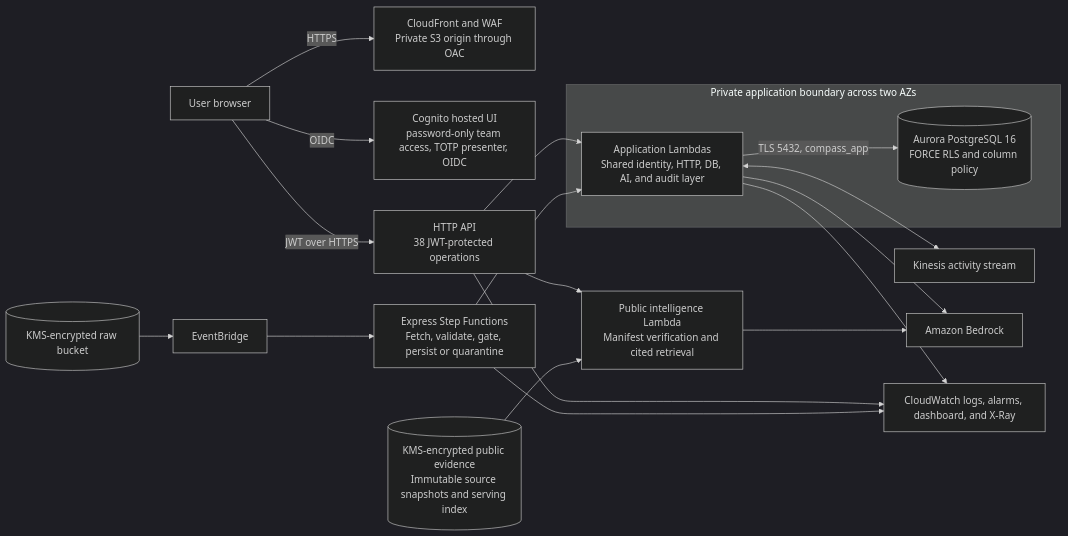
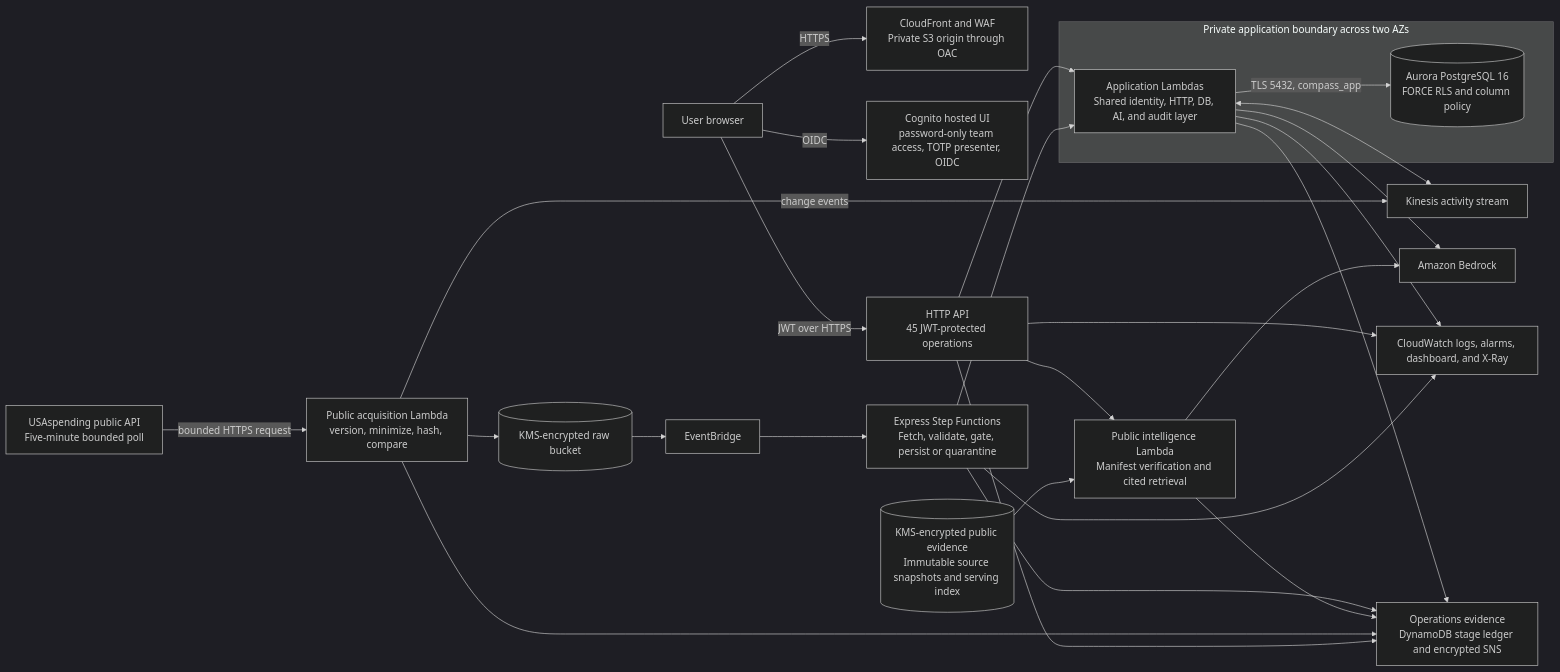
One commit to SatsyilCorp/compass-demo changed the first of 3 diagrams in docs/ARCHITECTURE.md. Above: the diagram before and after it, drawn with Mermaid (dark theme). The commit also changed other lines of this file and 52 other files, not shown here.

Commit message:
Add operational evidence and target architecture

````diff
--- a/docs/ARCHITECTURE.md
+++ b/docs/ARCHITECTURE.md
@@ -15,36 +15,47 @@
 ```mermaid
 flowchart LR
   U["User browser"]
   CF["CloudFront and WAF\nPrivate S3 origin through OAC"]
   COG["Cognito hosted UI\npassword-only team access, TOTP presenter, OIDC"]
-  API["HTTP API\n38 JWT-protected operations"]
+  API["HTTP API\n45 JWT-protected operations"]
 
   subgraph VPC["Private application boundary across two AZs"]
     L["Application Lambdas\nShared identity, HTTP, DB, AI, and audit layer"]
     DB[("Aurora PostgreSQL 16\nFORCE RLS and column policy")]
     L -->|"TLS 5432, compass_app"| DB
   end
 
   RAW[("KMS-encrypted raw bucket")]
   EB["EventBridge"]
   SFN["Express Step Functions\nFetch, validate, gate, persist or quarantine"]
   KIN["Kinesis activity stream"]
   BR["Amazon Bedrock"]
   PI["Public intelligence Lambda\nManifest verification and cited retrieval"]
   PUB[("KMS-encrypted public evidence\nImmutable source snapshots and serving index")]
   CW["CloudWatch logs, alarms, dashboard, and X-Ray"]
+  OPS["Operations evidence\nDynamoDB stage ledger and encrypted SNS"]
+  USA["USAspending public API\nFive-minute bounded poll"]
+  ACQ["Public acquisition Lambda\nversion, minimize, hash, compare"]
 
   U -->|"HTTPS"| CF
   U -->|"OIDC"| COG
   U -->|"JWT over HTTPS"| API
   API --> L
   RAW --> EB --> SFN --> L
   L <--> KIN
   L --> BR
   API --> PI
   PUB --> PI
   PI --> BR
   API --> CW
   L --> CW
   SFN --> CW
+  USA -->|"bounded HTTPS request"| ACQ
+  ACQ --> RAW
+  ACQ -->|"change events"| KIN
+  L --> OPS
+  SFN --> OPS
+  PI --> OPS
+  ACQ --> OPS
+  API --> OPS
 ```
````
